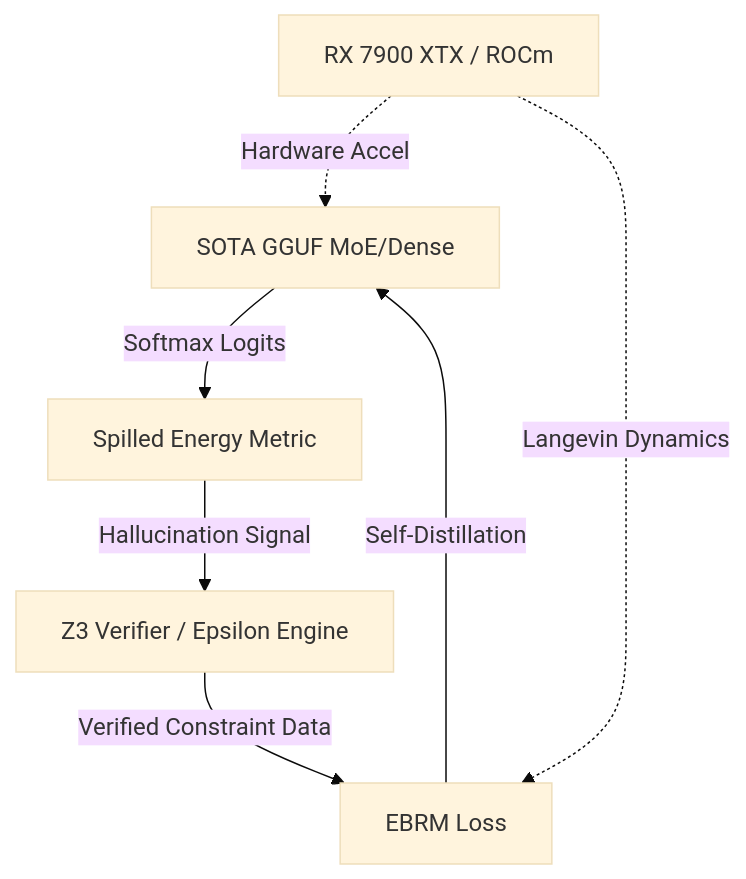
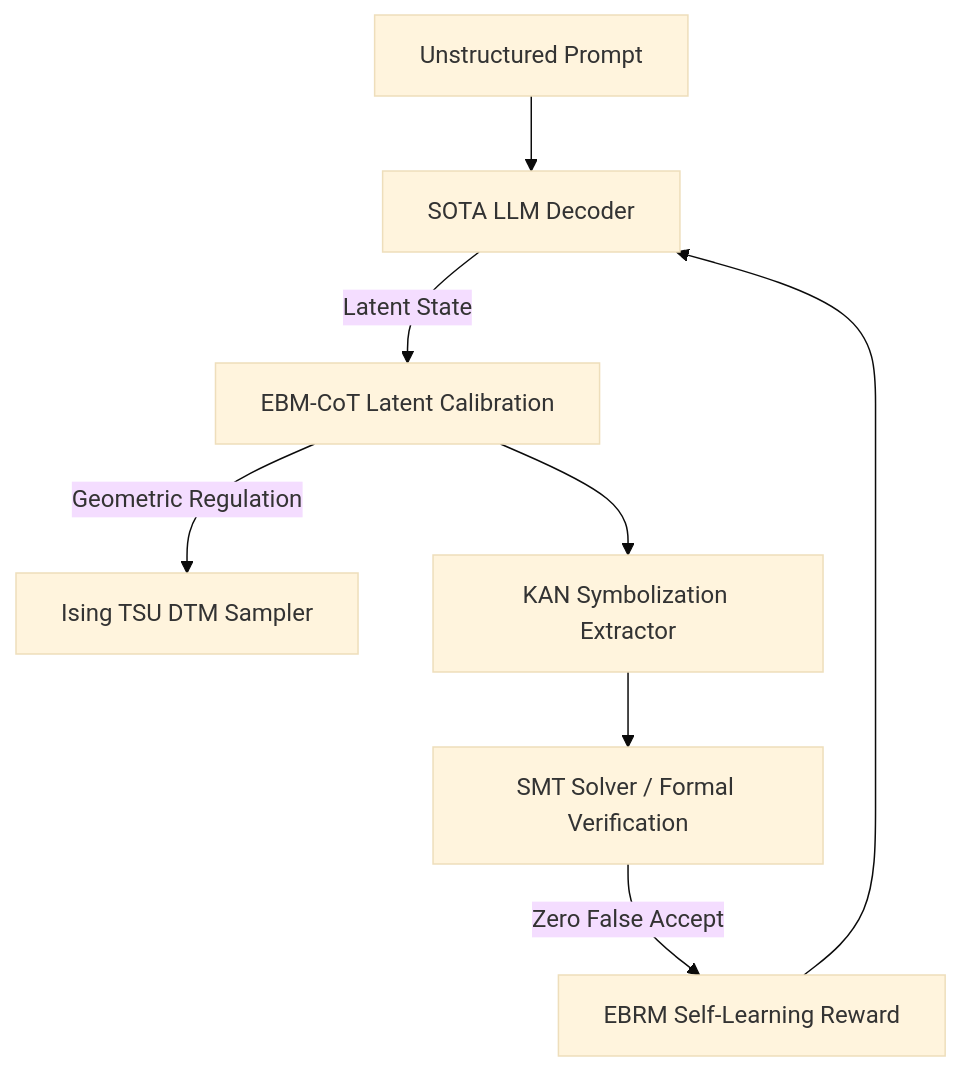
One commit to Carnot-EBM/carnot-ebm changed the diagram in openspec/change-proposals/research-roadmap-vNEXT.md. Above: the diagram before and after it, drawn with Mermaid (base theme). The commit also changed other lines of this file and 2 other files, not shown here.

````diff
--- a/openspec/change-proposals/research-roadmap-vNEXT.md
+++ b/openspec/change-proposals/research-roadmap-vNEXT.md
@@ -21,9 +33,10 @@
 ```mermaid
 graph TD
-    A[SOTA GGUF MoE/Dense] -->|Softmax Logits| B[Spilled Energy Metric]
-    B -->|Hallucination Signal| C[Z3 Verifier / Epsilon Engine]
-    C -->|Verified Constraint Data| D[EBRM Loss]
-    D -->|Self-Distillation| A
-    E[RX 7900 XTX / ROCm] -.->|Hardware Accel| A
-    E -.->|Langevin Dynamics| D
+    A[Unstructured Prompt] --> B[SOTA LLM Decoder]
+    B -->|Latent State| C[EBM-CoT Latent Calibration]
+    C -->|Geometric Regulation| D[Ising TSU DTM Sampler]
+    C --> E[KAN Symbolization Extractor]
+    E --> F[SMT Solver / Formal Verification]
+    F -->|Zero False Accept| G[EBRM Self-Learning Reward]
+    G --> B
 ```
````
